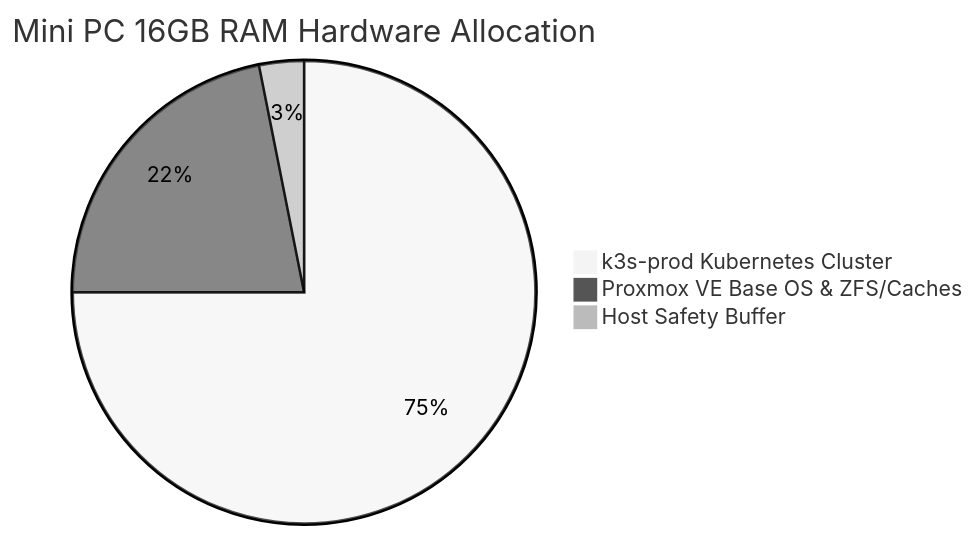
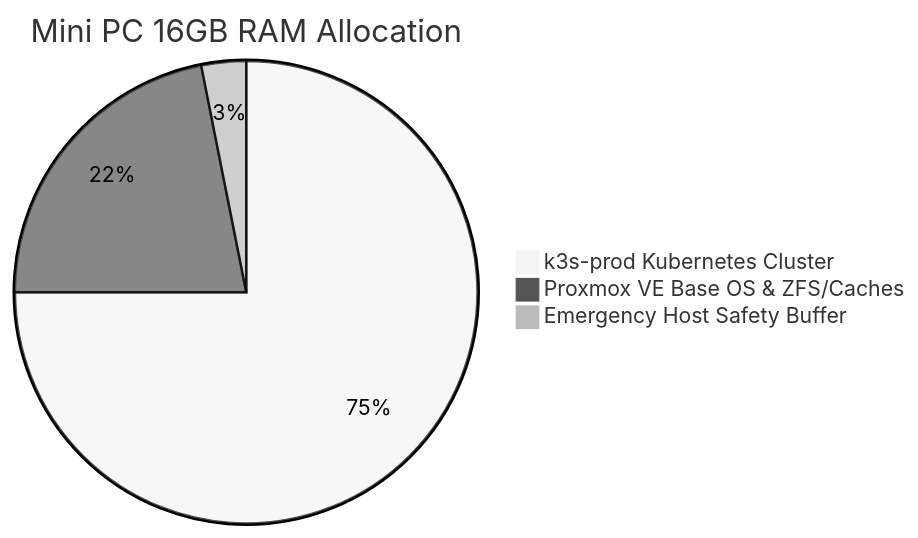
One commit to vsingh55/homelab-ops changed the second of 2 diagrams in README.md. Above: the diagram before and after it, drawn with Mermaid (neutral theme). The commit also changed other lines of this file and 1 other file, not shown here.

````diff
--- a/README.md
+++ b/README.md
@@ -160,6 +172,6 @@
 ```mermaid
-pie title Mini PC 16GB RAM Hardware Allocation
+pie title Mini PC 16GB RAM Allocation
     "k3s-prod Kubernetes Cluster" : 12
     "Proxmox VE Base OS & ZFS/Caches" : 3.5
-    "Host Safety Buffer" : 0.5
+    "Emergency Host Safety Buffer" : 0.5
 ```
````
